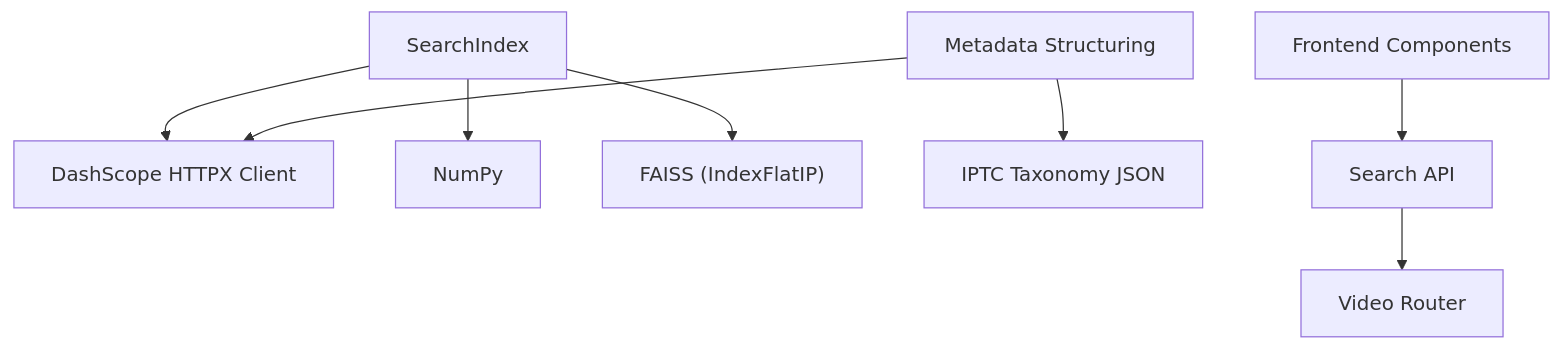
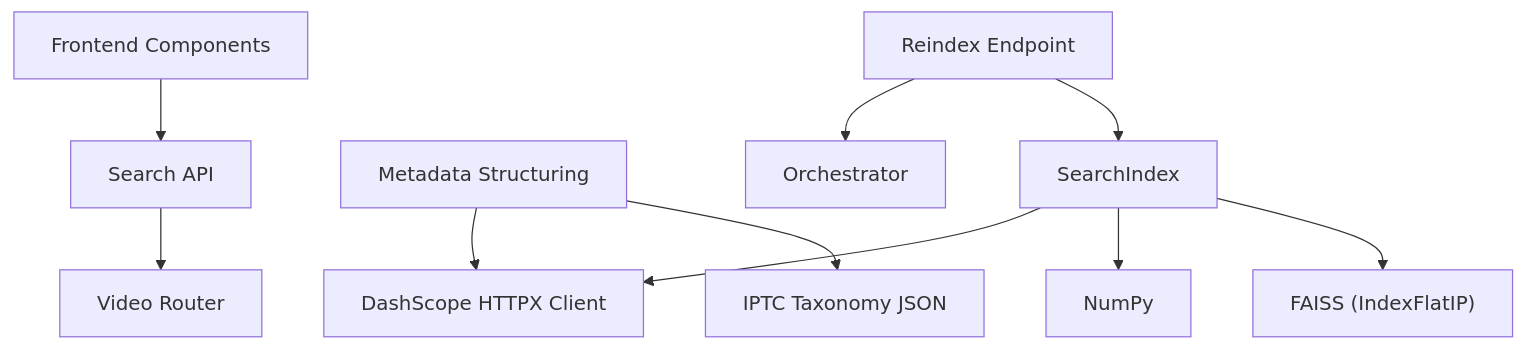
One commit to alexandreybasta-cyber/dubai-media-ai changed the tenth of 10 diagrams in .qoder/repowiki/en/content/Intelligent Search System.md. Above: the diagram before and after it, drawn with Mermaid. The commit also changed other lines of this file and 23 other files, not shown here.

````diff
--- a/.qoder/repowiki/en/content/Intelligent Search System.md
+++ b/.qoder/repowiki/en/content/Intelligent Search System.md
@@ -331,10 +418,12 @@
 ```mermaid
 graph TB
 SI["SearchIndex"] --> DS["DashScope HTTPX Client"]
 SI --> NP["NumPy"]
 SI --> FAISS["FAISS (IndexFlatIP)"]
 MS["Metadata Structuring"] --> DS
 MS --> Tax["IPTC Taxonomy JSON"]
 FD["Frontend Components"] --> API["Search API"]
 API --> RT["Video Router"]
+RI["Reindex Endpoint"] --> ORCH["Orchestrator"]
+RI --> SI
 ```
````
